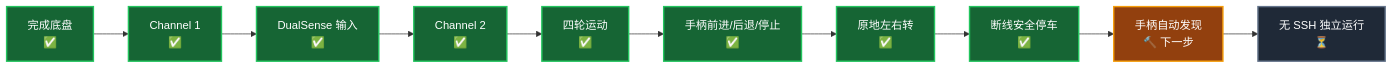
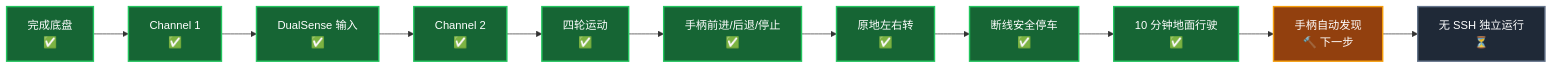
The fourth of 6 diagrams in README.md (AndyChen227/RoverPi), drawn with Mermaid before and after one commit. The commit also changed other lines of this file and 27 other files, not shown here.

````diff
--- a/README.md
+++ b/README.md
@@ -432,19 +454,20 @@
 ```mermaid
 flowchart LR
     A["完成底盘<br/>✅"] --> B["Channel 1<br/>✅"]
     B --> C["DualSense 输入<br/>✅"]
     C --> D["Channel 2<br/>✅"]
     D --> E["四轮运动<br/>✅"]
     E --> F["手柄前进/后退/停止<br/>✅"]
     F --> G["原地左右转<br/>✅"]
     G --> H["断线安全停车<br/>✅"]
-    H --> I["手柄自动发现<br/>🔨 下一步"]
+    H --> K["10 分钟地面行驶<br/>✅"]
+    K --> I["手柄自动发现<br/>🔨 下一步"]
     I --> J["无 SSH 独立运行<br/>⏳"]
 
     classDef done fill:#166534,color:#fff,stroke:#22c55e,stroke-width:2px;
     classDef next fill:#92400e,color:#fff,stroke:#f59e0b,stroke-width:2px;
     classDef pending fill:#1f2937,color:#fff,stroke:#64748b,stroke-width:2px;
-    class A,B,C,D,E,F,G,H done;
+    class A,B,C,D,E,F,G,H,K done;
     class I next;
     class J pending;
 ```
````
